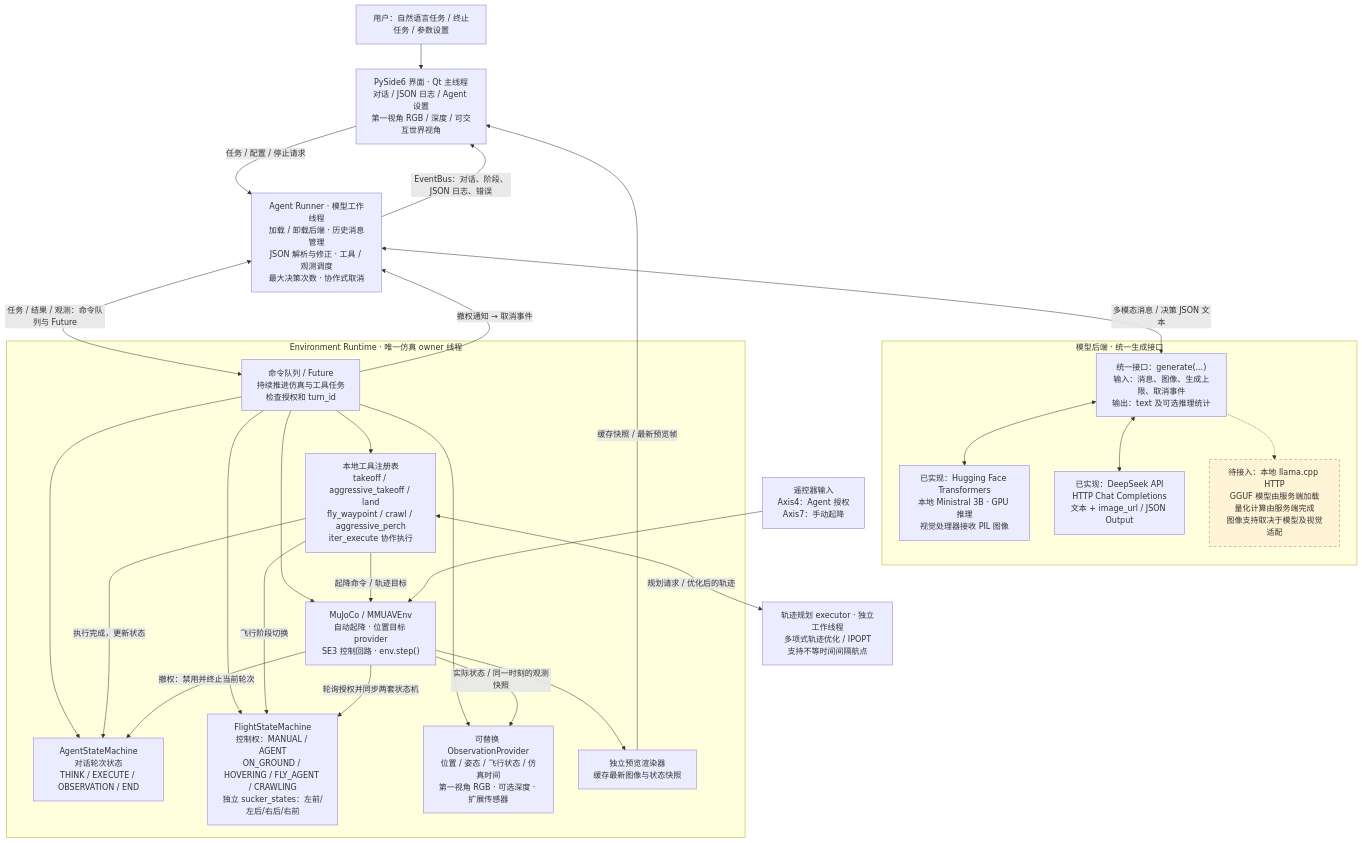
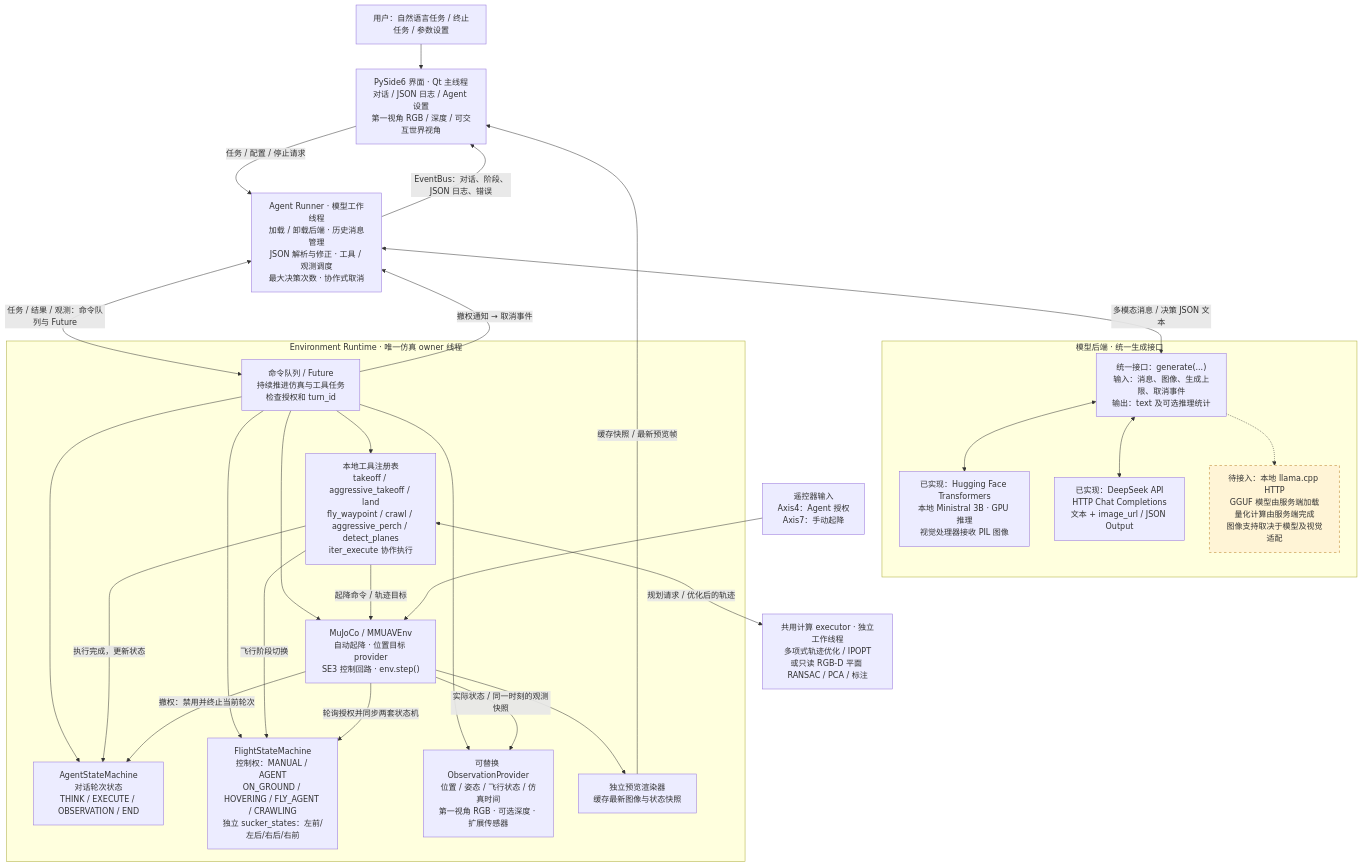
One commit to Coolmint417/agentic_mmuav changed the first of 5 diagrams in docs/architecture.md. Above: the diagram before and after it, drawn with Mermaid. The commit also changed other lines of this file and 24 other files, not shown here.

Commit message:
Add detect_planes tool for plane perception

````diff
--- a/docs/architecture.md
+++ b/docs/architecture.md
@@ -7,54 +7,54 @@
 ```mermaid
 flowchart TB
     USER["用户：自然语言任务 / 终止任务 / 参数设置"]
     UI["PySide6 界面 · Qt 主线程<br/>对话 / JSON 日志 / Agent 设置<br/>第一视角 RGB / 深度 / 可交互世界视角"]
     USER --> UI
 
     subgraph MODEL["模型后端 · 统一生成接口"]
         HF["已实现：Hugging Face Transformers<br/>本地 Ministral 3B · GPU 推理<br/>视觉处理器接收 PIL 图像"]
         DS["已实现：DeepSeek API<br/>HTTP Chat Completions<br/>文本 + image_url / JSON Output"]
         LLAMA["待接入：本地 llama.cpp HTTP<br/>GGUF 模型由服务端加载<br/>量化计算由服务端完成<br/>图像支持取决于模型及视觉适配"]
         IF["统一接口：generate(...)<br/>输入：消息、图像、生成上限、取消事件<br/>输出：text 及可选推理统计"]
         IF <--> HF
         IF <--> DS
         IF -.-> LLAMA
     end
 
     RUN["Agent Runner · 模型工作线程<br/>加载 / 卸载后端 · 历史消息管理<br/>JSON 解析与修正 · 工具 / 观测调度<br/>最大决策次数 · 协作式取消"]
     UI -->|"任务 / 配置 / 停止请求"| RUN
     RUN <-->|"多模态消息 / 决策 JSON 文本"| IF
 
     subgraph OWNER["Environment Runtime · 唯一仿真 owner 线程"]
         RT["命令队列 / Future<br/>持续推进仿真与工具任务<br/>检查授权和 turn_id"]
         AS["AgentStateMachine<br/>对话轮次状态<br/>THINK / EXECUTE / OBSERVATION / END"]
         FS["FlightStateMachine<br/>控制权：MANUAL / AGENT<br/>ON_GROUND / HOVERING / FLY_AGENT / CRAWLING<br/>独立 sucker_states：左前/左后/右后/右前"]
-        TOOLS["本地工具注册表<br/>takeoff / aggressive_takeoff / land<br/>fly_waypoint / crawl / aggressive_perch<br/>iter_execute 协作执行"]
+        TOOLS["本地工具注册表<br/>takeoff / aggressive_takeoff / land<br/>fly_waypoint / crawl / aggressive_perch / detect_planes<br/>iter_execute 协作执行"]
         OBS["可替换 ObservationProvider<br/>位置 / 姿态 / 飞行状态 / 仿真时间<br/>第一视角 RGB · 可选深度 · 扩展传感器"]
         ENV["MuJoCo / MMUAVEnv<br/>自动起降 · 位置目标 provider<br/>SE3 控制回路 · env.step()"]
         PREVIEW["独立预览渲染器<br/>缓存最新图像与状态快照"]
         RT --> AS
         RT --> FS
         RT --> TOOLS
         RT --> OBS
         RT --> ENV
         TOOLS -->|"起降命令 / 轨迹目标"| ENV
         TOOLS -->|"执行完成，更新状态"| AS
         TOOLS -->|"飞行阶段切换"| FS
         ENV -->|"实际状态 / 同一时刻的观测快照"| OBS
         ENV --> PREVIEW
     end
 
-    PLAN["轨迹规划 executor · 独立工作线程<br/>多项式轨迹优化 / IPOPT<br/>支持不等时间间隔航点"]
+    PLAN["共用计算 executor · 独立工作线程<br/>多项式轨迹优化 / IPOPT<br/>或只读 RGB-D 平面 RANSAC / PCA / 标注"]
     TOOLS <-->|"规划请求 / 优化后的轨迹"| PLAN
     RC["遥控器输入<br/>Axis4：Agent 授权<br/>Axis7：手动起降"]
     RC --> ENV
     ENV -->|"轮询授权并同步两套状态机"| FS
     ENV -->|"撤权：禁用并终止当前轮次"| AS
     RUN <-->|"任务 / 结果 / 观测：命令队列与 Future"| RT
     RT -->|"撤权通知 → 取消事件"| RUN
     PREVIEW -->|"缓存快照 / 最新预览帧"| UI
     RUN -->|"EventBus：对话、阶段、JSON 日志、错误"| UI
 
     classDef planned fill:#fff4d6,stroke:#b7791f,stroke-dasharray:5 5;
     class LLAMA planned;
 ```
````
